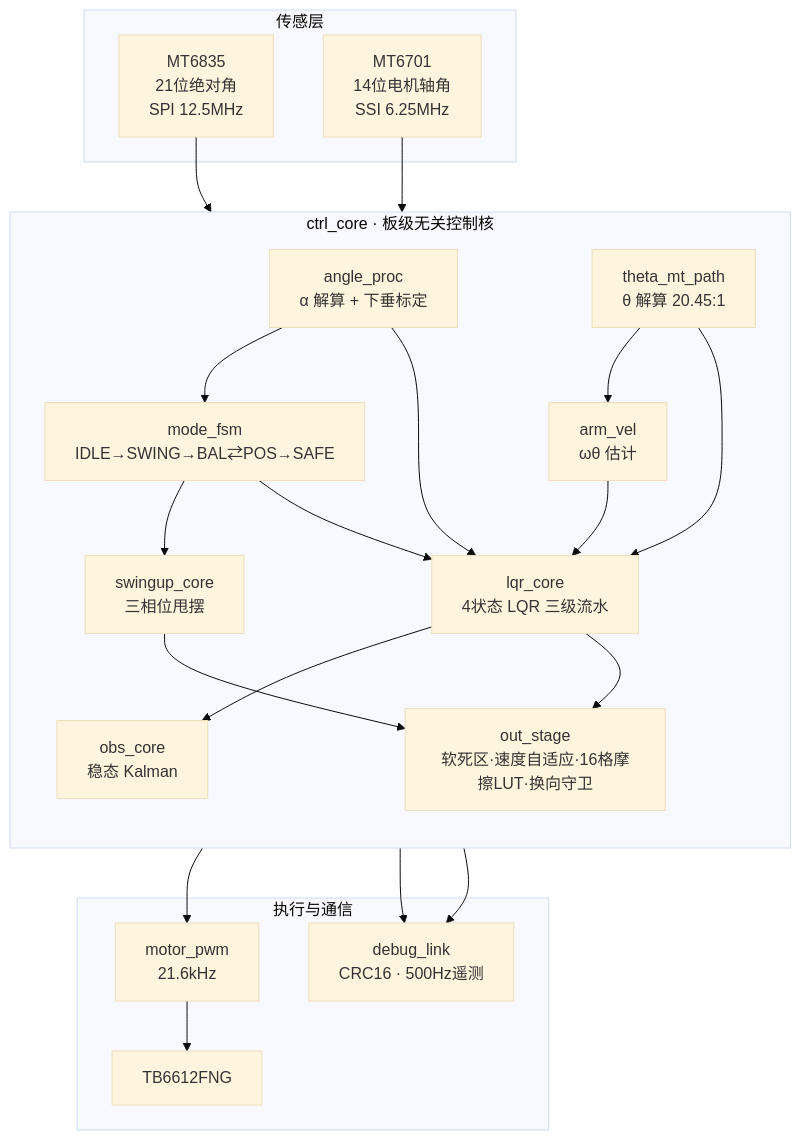
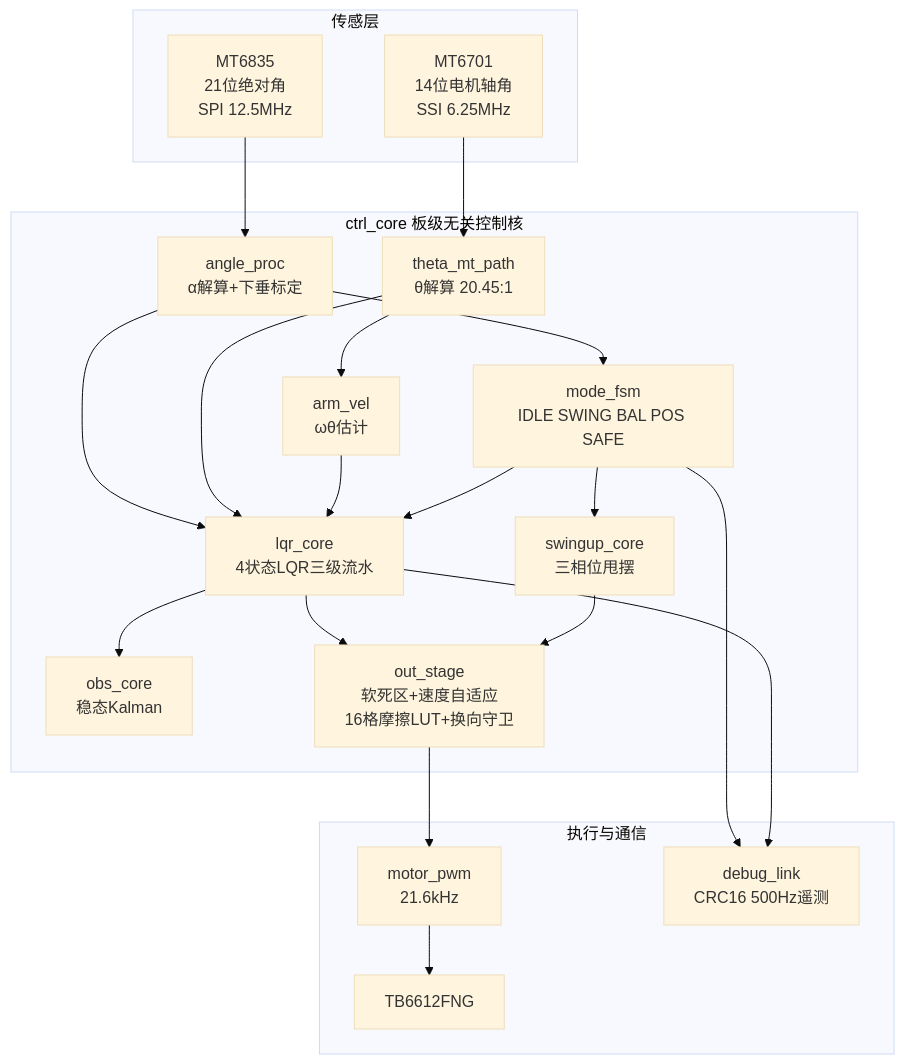
One commit to mefory/j280-rotary-pendulum changed the diagram in README.md. Above: the diagram before and after it, drawn with Mermaid (base theme).

Commit message:
修复 Mermaid 架构图渲染：移除标签内的箭头符号与中点字符
问题：节点标签 'IDLE→SWING→BAL⇄POS→SAFE' 中的 → 和 ⇄ 被 Mermaid 解析器
当作连线语法，导致整张图渲染失败（只显示代码块）。
修复：
- 状态流转改为纯空格分隔（IDLE SWING BAL POS SAFE）
- 移除标签内所有 · 中点（部分渲染器视为语法）
- subgraph 标题去掉引号包裹（subgraph SENS[传感层] 更稳妥）
- 移除 subgraph 内 direction TB（与 flowchart TB 冗余）
- 链式箭头 A --> B --> C 拆成独立行（避免解析歧义）

````diff
--- a/README.md
+++ b/README.md
@@ -111,40 +111,41 @@
 ```mermaid
 flowchart TB
-    subgraph SENS["传感层"]
+    subgraph SENS[传感层]
         MT6835["MT6835<br/>21位绝对角<br/>SPI 12.5MHz"]
         MT6701["MT6701<br/>14位电机轴角<br/>SSI 6.25MHz"]
     end
 
-    subgraph CORE["ctrl_core · 板级无关控制核"]
-        direction TB
-        AP["angle_proc<br/>α 解算 + 下垂标定"]
-        TM["theta_mt_path<br/>θ 解算 20.45:1"]
-        AV["arm_vel<br/>ωθ 估计"]
-        FSM["mode_fsm<br/>IDLE→SWING→BAL⇄POS→SAFE"]
+    subgraph CORE[ctrl_core 板级无关控制核]
+        AP["angle_proc<br/>α解算+下垂标定"]
+        TM["theta_mt_path<br/>θ解算 20.45:1"]
+        AV["arm_vel<br/>ωθ估计"]
+        FSM["mode_fsm<br/>IDLE SWING BAL POS SAFE"]
         SW["swingup_core<br/>三相位甩摆"]
-        LQR["lqr_core<br/>4状态 LQR 三级流水"]
-        OBS["obs_core<br/>稳态 Kalman"]
-        OS["out_stage<br/>软死区·速度自适应·16格摩擦LUT·换向守卫"]
+        LQR["lqr_core<br/>4状态LQR三级流水"]
+        OBS["obs_core<br/>稳态Kalman"]
+        OS["out_stage<br/>软死区+速度自适应<br/>16格摩擦LUT+换向守卫"]
     end
 
-    subgraph IO["执行与通信"]
+    subgraph IO[执行与通信]
         PWM["motor_pwm<br/>21.6kHz"]
         TB["TB6612FNG"]
-        UART["debug_link<br/>CRC16 · 500Hz遥测"]
+        UART["debug_link<br/>CRC16 500Hz遥测"]
     end
 
     MT6835 --> AP
-    MT6701 --> TM --> AV
+    MT6701 --> TM
+    TM --> AV
     AP --> FSM
     AP --> LQR
     TM --> LQR
     AV --> LQR
     FSM --> SW
     FSM --> LQR
     LQR --> OBS
     LQR --> OS
     SW --> OS
-    OS --> PWM --> TB
+    OS --> PWM
+    PWM --> TB
     FSM --> UART
     LQR --> UART
 ```
````
